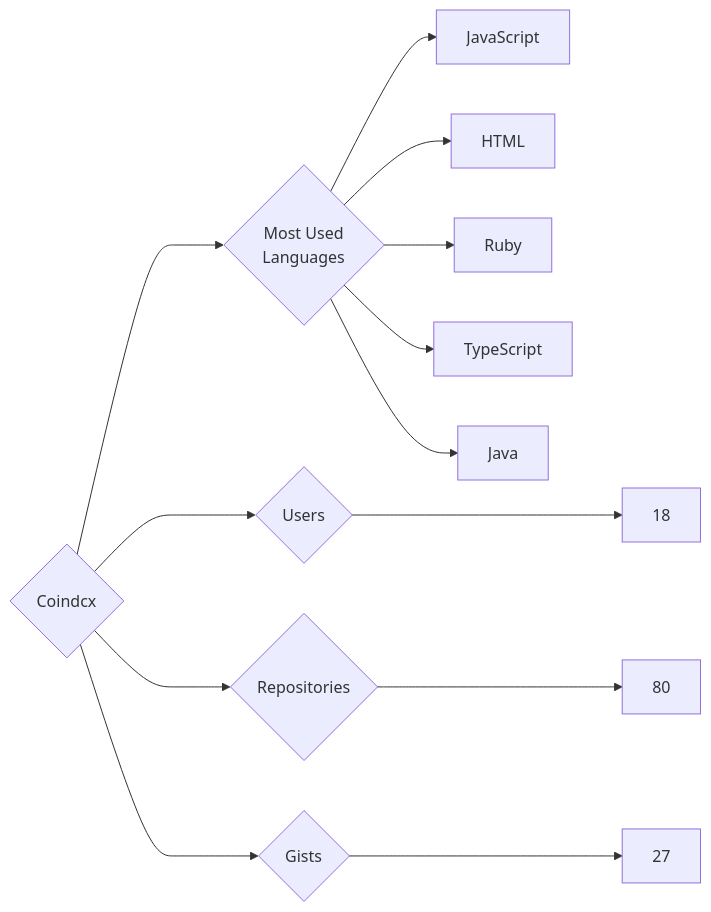
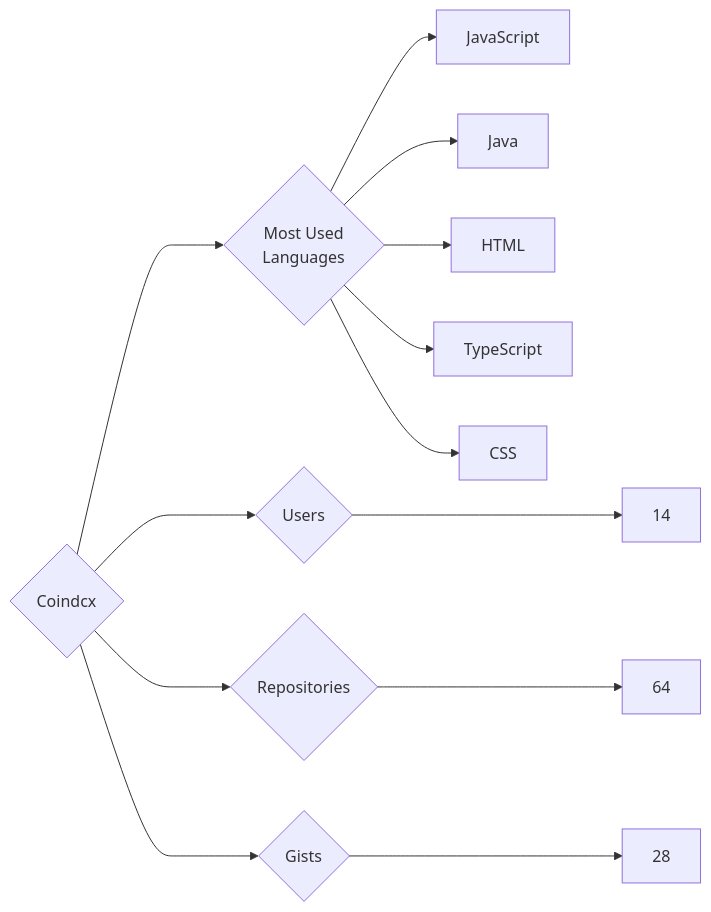
The diagram in targets/Coindcx/README.md (trickest/insiders), drawn with Mermaid before and after one commit. The commit also changed 935 other files, not shown here.

````diff
--- a/targets/Coindcx/README.md
+++ b/targets/Coindcx/README.md
@@ -3,13 +3,13 @@
 ```mermaid
 graph LR
 COMPANY_NAME{Coindcx}
-COMPANY_NAME ---> U{Users} ---> UN[18]
-COMPANY_NAME ---> R{Repositories} ---> RN[80]
-COMPANY_NAME ---> G{Gists} ---> GN[27]
+COMPANY_NAME ---> U{Users} ---> UN[14]
+COMPANY_NAME ---> R{Repositories} ---> RN[64]
+COMPANY_NAME ---> G{Gists} ---> GN[28]
 COMPANY_NAME ---> ML{Most Used<br>Languages}
 ML --> JavaScript[JavaScript]
+ML --> Java[Java]
 ML --> HTML[HTML]
-ML --> Ruby[Ruby]
 ML --> TypeScript[TypeScript]
-ML --> Java[Java]
+ML --> CSS[CSS]
 ```
````
